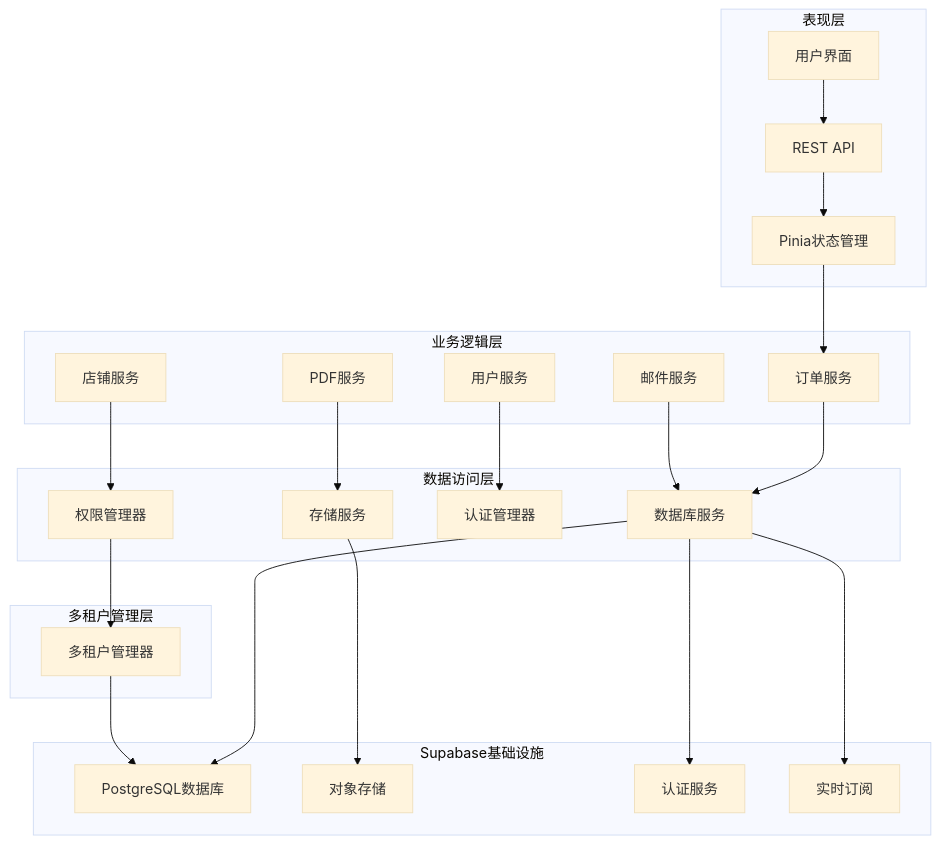
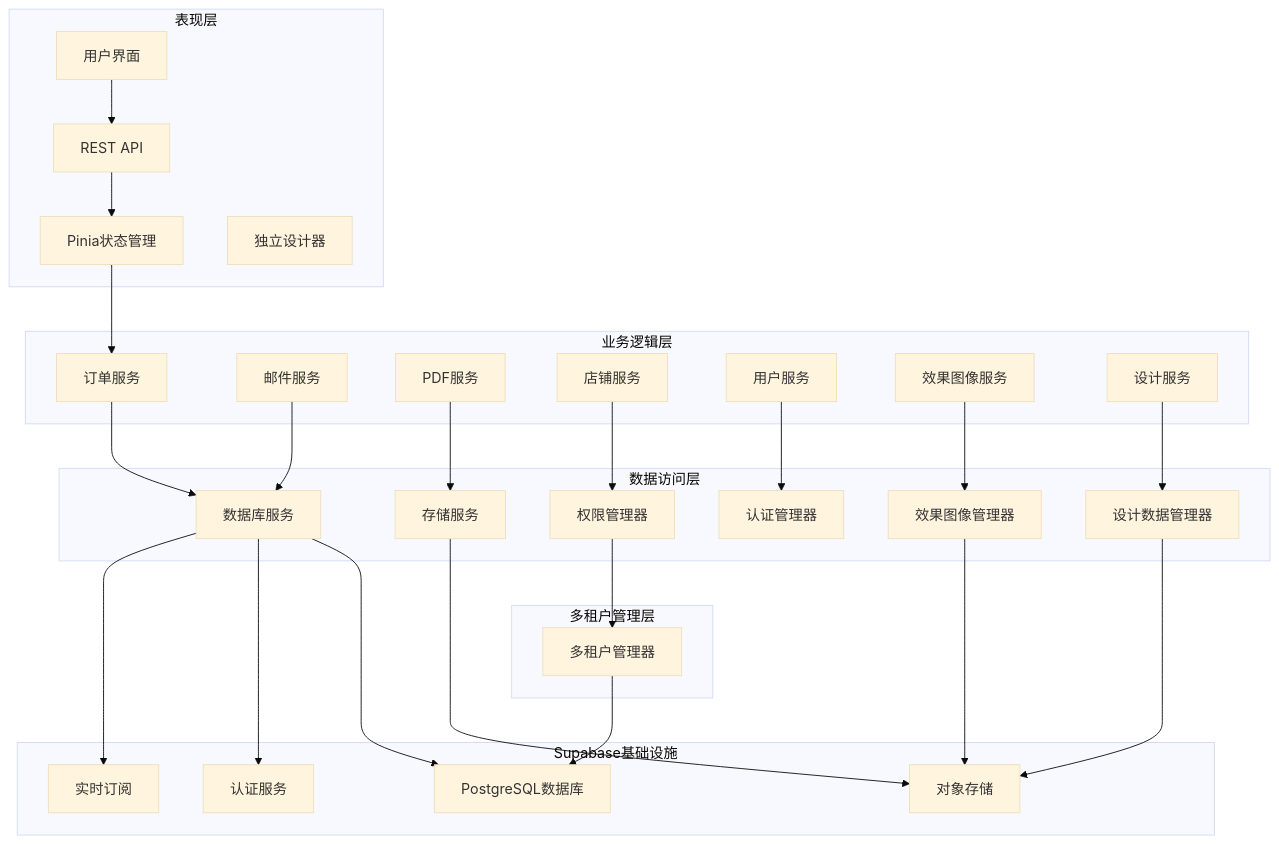
Before and after one commit to SY6621/POD-Order-Management: the tenth of 19 diagrams in .qoder/repowiki/zh/content/开发指南/Supabase集成指南.md, drawn with Mermaid (base theme). The commit also changed other lines of this file and 6 other files, not shown here.

````diff
--- a/.qoder/repowiki/zh/content/开发指南/Supabase集成指南.md
+++ b/.qoder/repowiki/zh/content/开发指南/Supabase集成指南.md
@@ -318,45 +476,54 @@
 ```mermaid
 graph TB
 subgraph "表现层"
 UI[用户界面]
 API[REST API]
 STORE[Pinia状态管理]
+DESIGNER[独立设计器]
 end
 subgraph "业务逻辑层"
 OrderService[订单服务]
 EmailService[邮件服务]
 PDFService[PDF服务]
 ShopService[店铺服务]
 UserService[用户服务]
+EffectImageService[效果图像服务]
+DesignService[设计服务]
 end
 subgraph "数据访问层"
 DBService[数据库服务]
 StorageService[存储服务]
 AuthManager[认证管理器]
 PermissionManager[权限管理器]
+EffectImageManager[效果图像管理器]
+DesignDataManager[设计数据管理器]
 end
 subgraph "多租户管理层"
 TenantManager[多租户管理器]
 PermissionManager
 end
 subgraph "Supabase基础设施"
 PostgreSQL[PostgreSQL数据库]
 Storage[对象存储]
 Auth[认证服务]
 Realtime[实时订阅]
 end
 UI --> API
 API --> STORE
 STORE --> OrderService
 OrderService --> DBService
 EmailService --> DBService
 PDFService --> StorageService
 ShopService --> PermissionManager
 UserService --> AuthManager
+EffectImageService --> EffectImageManager
+DesignService --> DesignDataManager
 DBService --> PostgreSQL
 StorageService --> Storage
 DBService --> Auth
 DBService --> Realtime
 PermissionManager --> TenantManager
 TenantManager --> PostgreSQL
+EffectImageManager --> Storage
+DesignDataManager --> Storage
 ```
````
